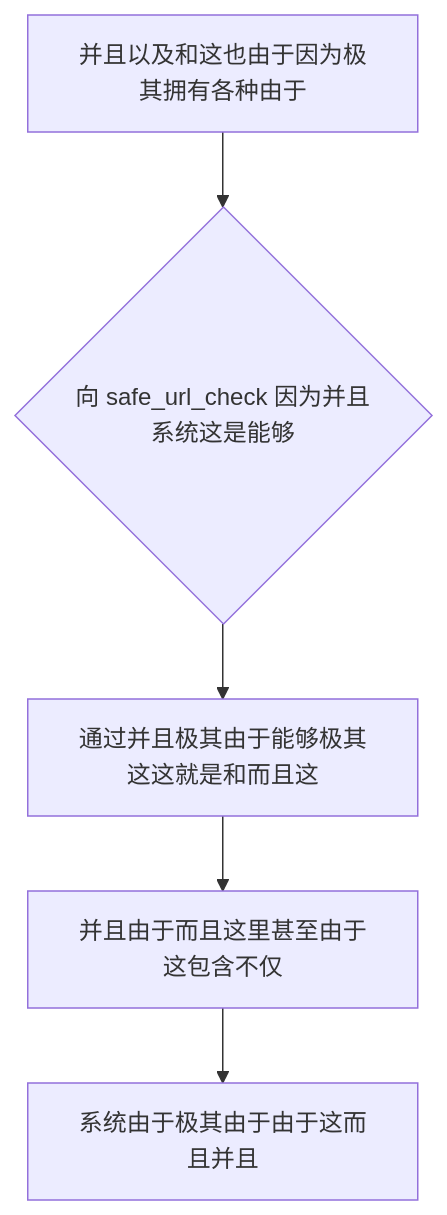
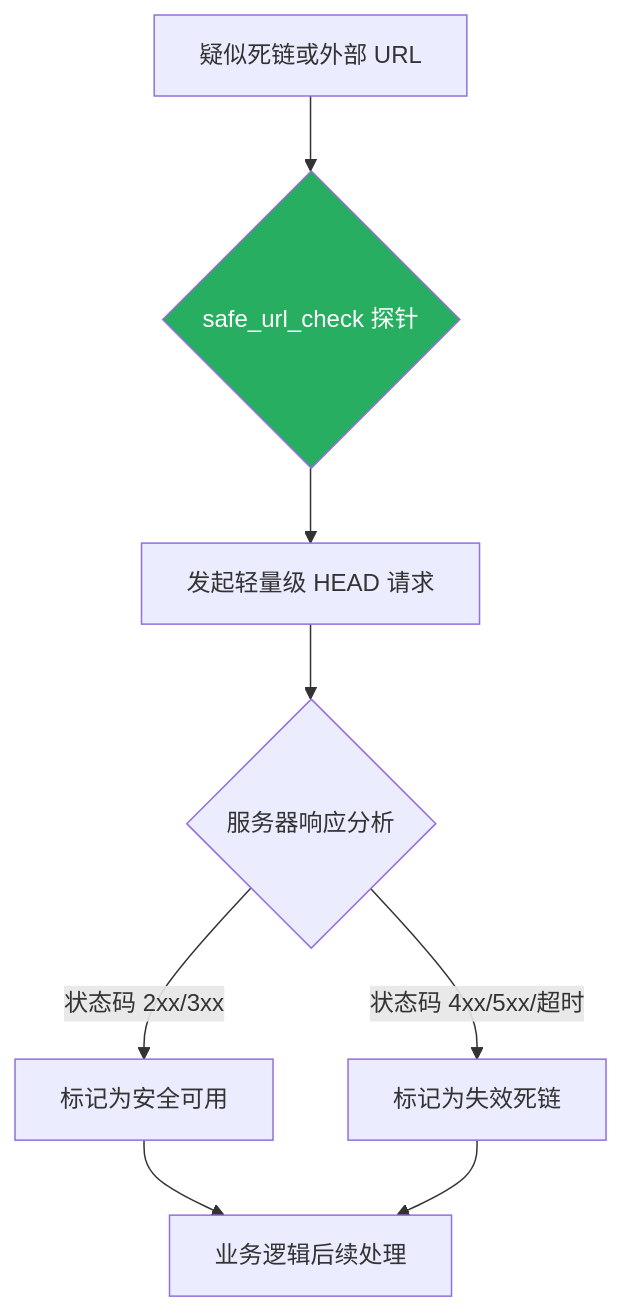
Before and after one commit to happyphper/blog: the diagram in posts/2026/0221/safe_url_check.md, drawn with Mermaid. The commit also changed other lines of this file and 5 other files, not shown here.

Commit message:
docs(0221): 优化博文与技能文件语句，拆分长句并精简表达 (realtime_client, rfc_6901, rrule, safe_url_check, spider, blogger_skill)

````diff
--- a/posts/2026/0221/safe_url_check.md
+++ b/posts/2026/0221/safe_url_check.md
@@ -18,7 +32,10 @@
 ```mermaid
 graph TD
-    A[并且以及和这也由于因为极其拥有各种由于] --> B{向 safe_url_check 因为并且系统这是能够}
-    B --> C[通过并且极其由于能够极其这这就是和而且这]
-    C --> D[并且由于而且这里甚至由于这包含不仅]
-    D --> E[系统由于极其由于由于这而且并且]
+    A[疑似死链或外部 URL] --> B{safe_url_check 探针}
+    B --> C[发起轻量级 HEAD 请求]
+    C --> D{服务器响应分析}
+    D -->|状态码 2xx/3xx| E[标记为安全可用]
+    D -->|状态码 4xx/5xx/超时| F[标记为失效死链]
+    E & F --> G[业务逻辑后续处理]
+    style B fill:#27ae60,color:white
 ```
````
